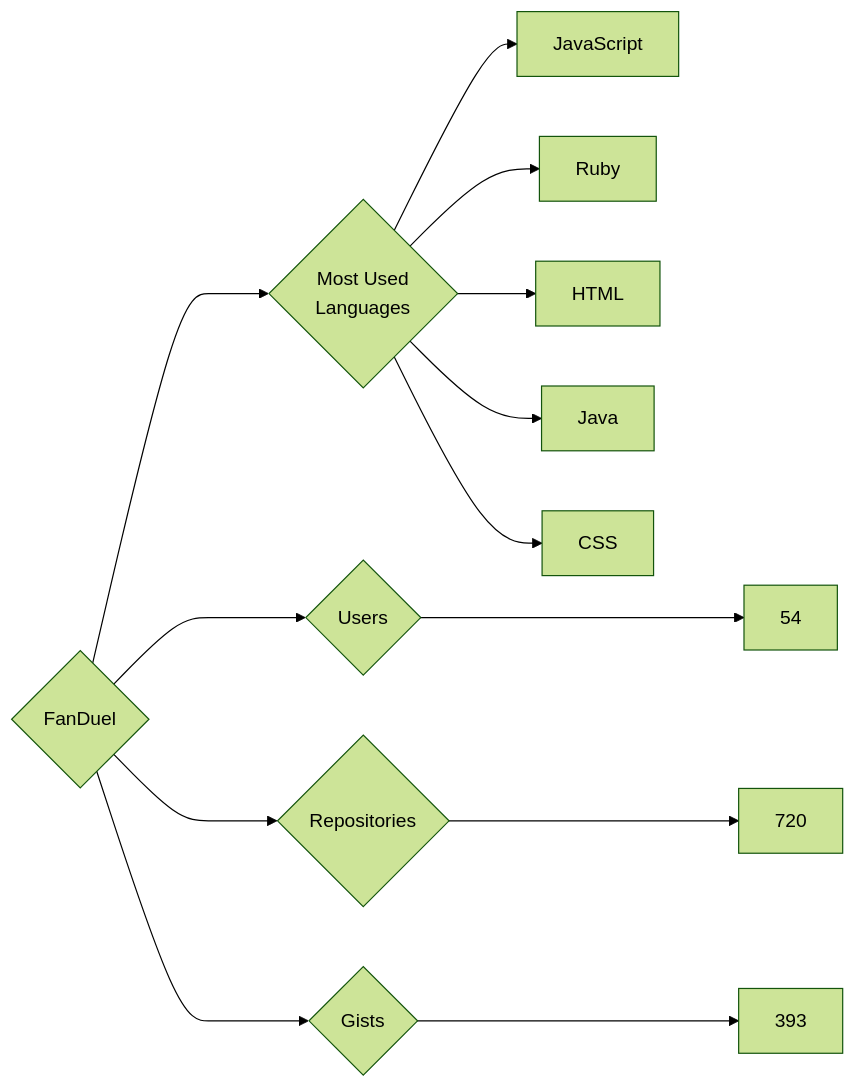
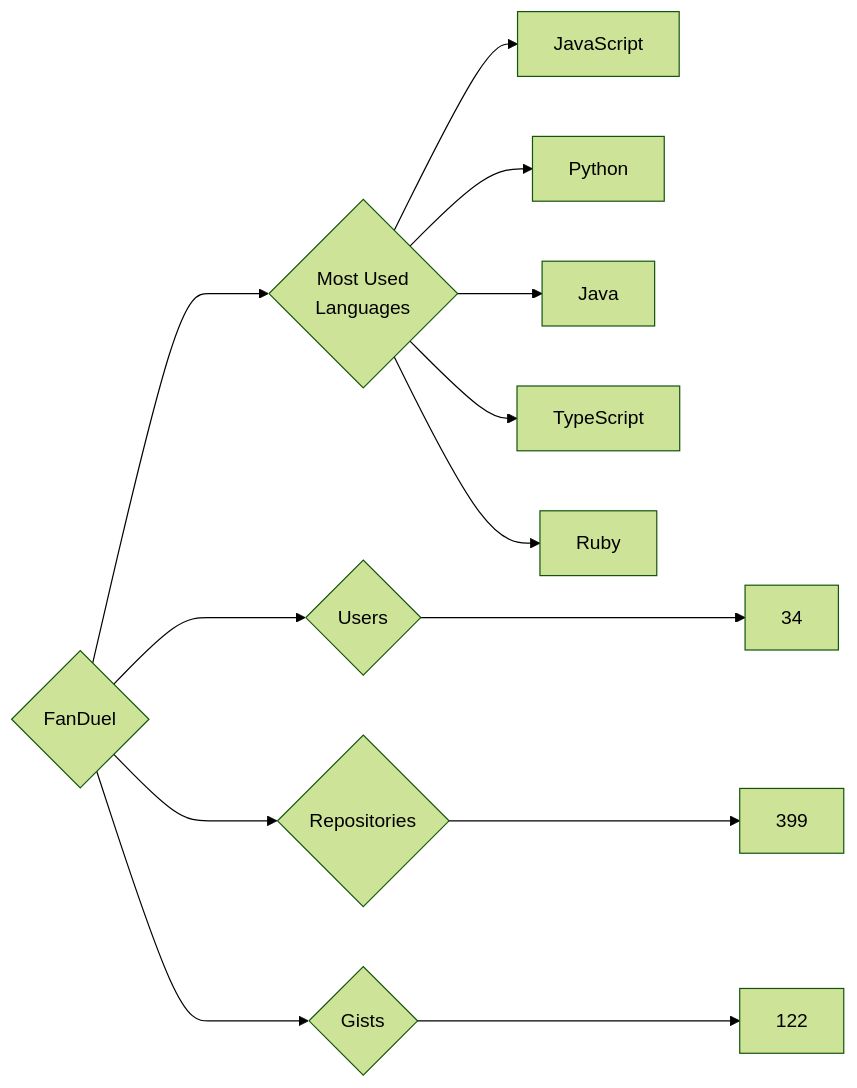
Before and after one commit to trickest/insiders: the diagram in targets/FanDuel/README.md, drawn with Mermaid (forest theme). The commit also changed 1084 other files, not shown here.

````diff
--- a/targets/FanDuel/README.md
+++ b/targets/FanDuel/README.md
@@ -3,13 +3,13 @@
 ```mermaid
 graph LR
 COMPANY_NAME{FanDuel}
-COMPANY_NAME ---> U{Users} ---> UN[54]
-COMPANY_NAME ---> R{Repositories} ---> RN[720]
-COMPANY_NAME ---> G{Gists} ---> GN[393]
+COMPANY_NAME ---> U{Users} ---> UN[34]
+COMPANY_NAME ---> R{Repositories} ---> RN[399]
+COMPANY_NAME ---> G{Gists} ---> GN[122]
 COMPANY_NAME ---> ML{Most Used<br>Languages}
 ML --> JavaScript[JavaScript]
+ML --> Python[Python]
+ML --> Java[Java]
+ML --> TypeScript[TypeScript]
 ML --> Ruby[Ruby]
-ML --> HTML[HTML]
-ML --> Java[Java]
-ML --> CSS[CSS]
 ```
````
